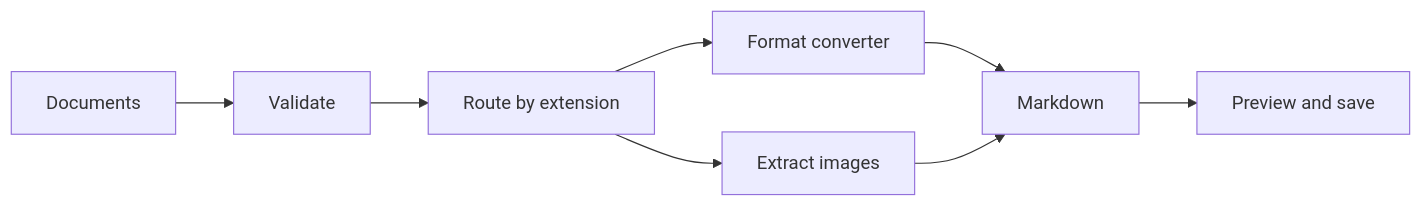
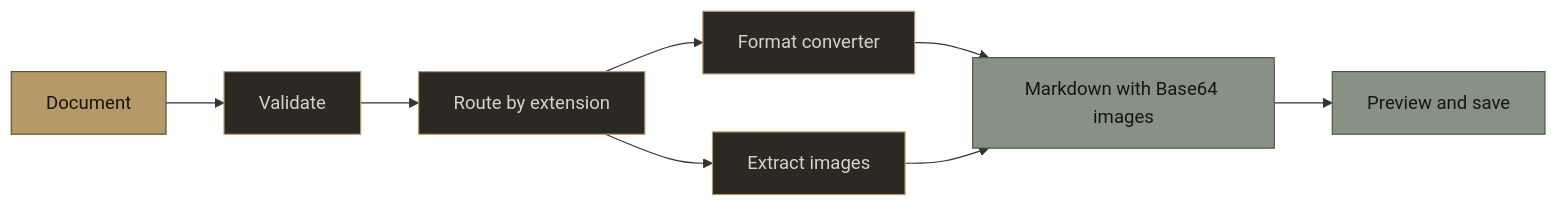
One commit to DrBham/Hybrid-Document-To-Markdown changed the diagram in README.md. Above: the diagram before and after it, drawn with Mermaid. The commit also changed other lines of this file, not shown here.

````diff
--- a/README.md
+++ b/README.md
@@ -98,10 +154,14 @@
 ```mermaid
 flowchart LR
-    A[Documents] --> B[Validate]
-    B --> C[Route by extension]
-    C --> D[Format converter]
-    C --> E[Extract images]
-    D --> F[Markdown]
+    A[Document]:::input --> B[Validate]:::process
+    B --> C[Route by extension]:::process
+    C --> D[Format converter]:::process
+    C --> E[Extract images]:::process
+    D --> F[Markdown with Base64 images]:::output
     E --> F
-    F --> G[Preview and save]
+    F --> G[Preview and save]:::output
+
+    classDef input fill:#B59A68,stroke:#5E4F33,color:#171512
+    classDef process fill:#2C2924,stroke:#B59A68,color:#D8D2C5
+    classDef output fill:#879285,stroke:#4A5248,color:#171512
 ```
````
